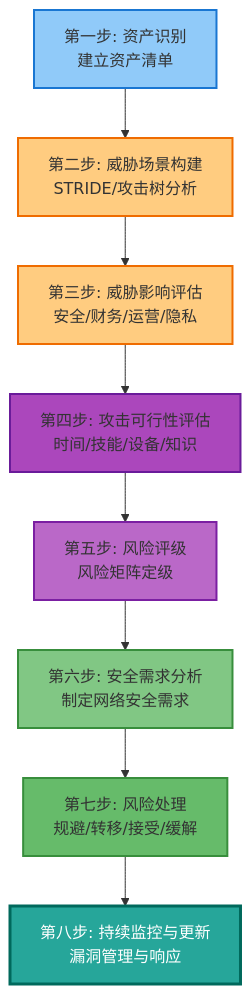
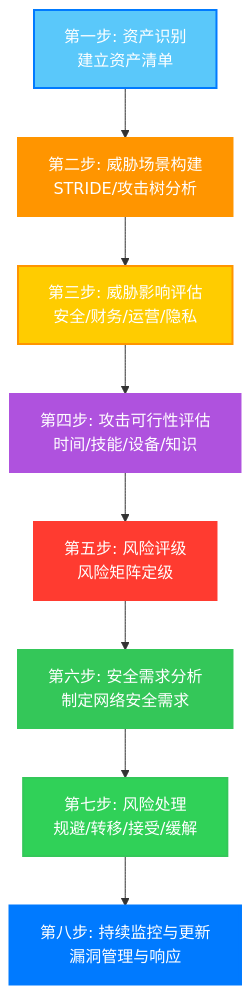
Before and after one commit to s-ai-unix/blog: the tenth of 13 diagrams in content/posts/2026-01-16-automotive-risk-analysis-overview.md, drawn with Mermaid. The commit also changed other lines of this file and 9 other files, not shown here.

````diff
--- a/content/posts/2026-01-16-automotive-risk-analysis-overview.md
+++ b/content/posts/2026-01-16-automotive-risk-analysis-overview.md
@@ -509,19 +587,19 @@
 ```mermaid
 flowchart TD
     A[第一步: 资产识别<br>建立资产清单] --> B[第二步: 威胁场景构建<br>STRIDE/攻击树分析]
     B --> C[第三步: 威胁影响评估<br>安全/财务/运营/隐私]
     C --> D[第四步: 攻击可行性评估<br>时间/技能/设备/知识]
     D --> E[第五步: 风险评级<br>风险矩阵定级]
     E --> F[第六步: 安全需求分析<br>制定网络安全需求]
     F --> G[第七步: 风险处理<br>规避/转移/接受/缓解]
     G --> H[第八步: 持续监控与更新<br>漏洞管理与响应]
 
-    style A fill:#90caf9,stroke:#1976d2,stroke-width:2px
-    style B fill:#ffcc80,stroke:#ef6c00,stroke-width:2px
-    style C fill:#ffcc80,stroke:#ef6c00,stroke-width:2px
-    style D fill:#ab47bc,stroke:#6a1b9a,stroke-width:2px
-    style E fill:#ba68c8,stroke:#7b1fa2,stroke-width:2px
-    style F fill:#81c784,stroke:#388e3c,stroke-width:2px
-    style G fill:#66bb6a,stroke:#388e3c,stroke-width:2px
-    style H fill:#26a69a,stroke:#00695c,stroke-width:3px,color:#ffffff
+    style A fill:#5AC8FA,stroke:#007AFF,stroke-width:2px,color:#ffffff
+    style B fill:#FF9500,stroke:#FF9500,stroke-width:2px,color:#ffffff
+    style C fill:#FFCC00,stroke:#FF9500,stroke-width:2px,color:#ffffff
+    style D fill:#AF52DE,stroke:#AF52DE,stroke-width:2px,color:#ffffff
+    style E fill:#FF3B30,stroke:#FF3B30,stroke-width:2px,color:#ffffff
+    style F fill:#34C759,stroke:#34C759,stroke-width:2px,color:#ffffff
+    style G fill:#30D158,stroke:#34C759,stroke-width:2px,color:#ffffff
+    style H fill:#007AFF,stroke:#007AFF,stroke-width:3px,color:#ffffff
 ```
````
